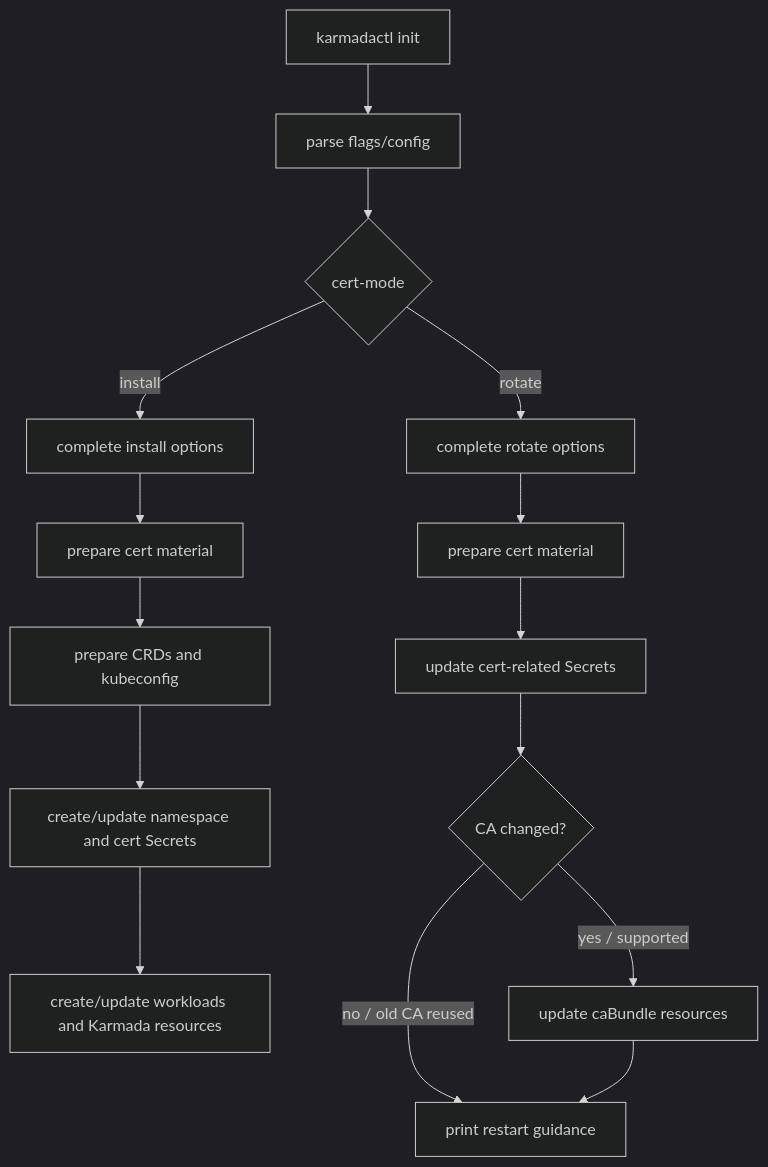
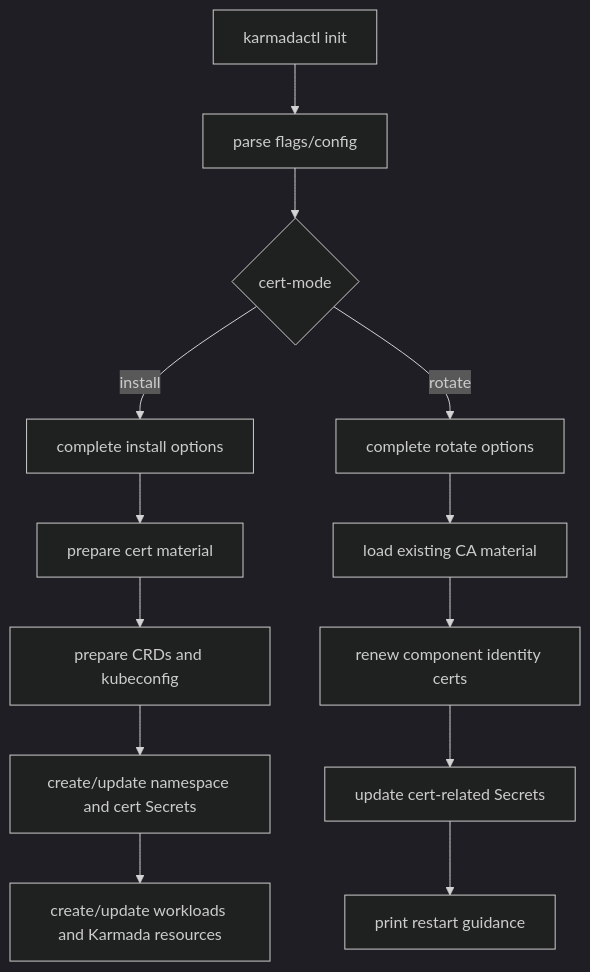
Before and after one commit to ranxi2001/karmada: the diagram in internship-reports/day6-certificate-rotation-design-implementation.md, drawn with Mermaid (dark theme). The commit also changed other lines of this file and 3 other files, not shown here.

````diff
--- a/internship-reports/day6-certificate-rotation-design-implementation.md
+++ b/internship-reports/day6-certificate-rotation-design-implementation.md
@@ -292,19 +302,17 @@
 ```mermaid
 flowchart TD
     A[karmadactl init] --> B[parse flags/config]
     B --> C{cert-mode}
 
     C -->|install| D[complete install options]
     D --> E[prepare cert material]
     E --> F[prepare CRDs and kubeconfig]
     F --> G[create/update namespace and cert Secrets]
     G --> H[create/update workloads and Karmada resources]
 
     C -->|rotate| I[complete rotate options]
-    I --> J[prepare cert material]
-    J --> K[update cert-related Secrets]
-    K --> L{CA changed?}
-    L -->|no / old CA reused| M[print restart guidance]
-    L -->|yes / supported| N[update caBundle resources]
-    N --> M
+    I --> J[load existing CA material]
+    J --> K[renew component identity certs]
+    K --> L[update cert-related Secrets]
+    L --> M[print restart guidance]
 ```
````
